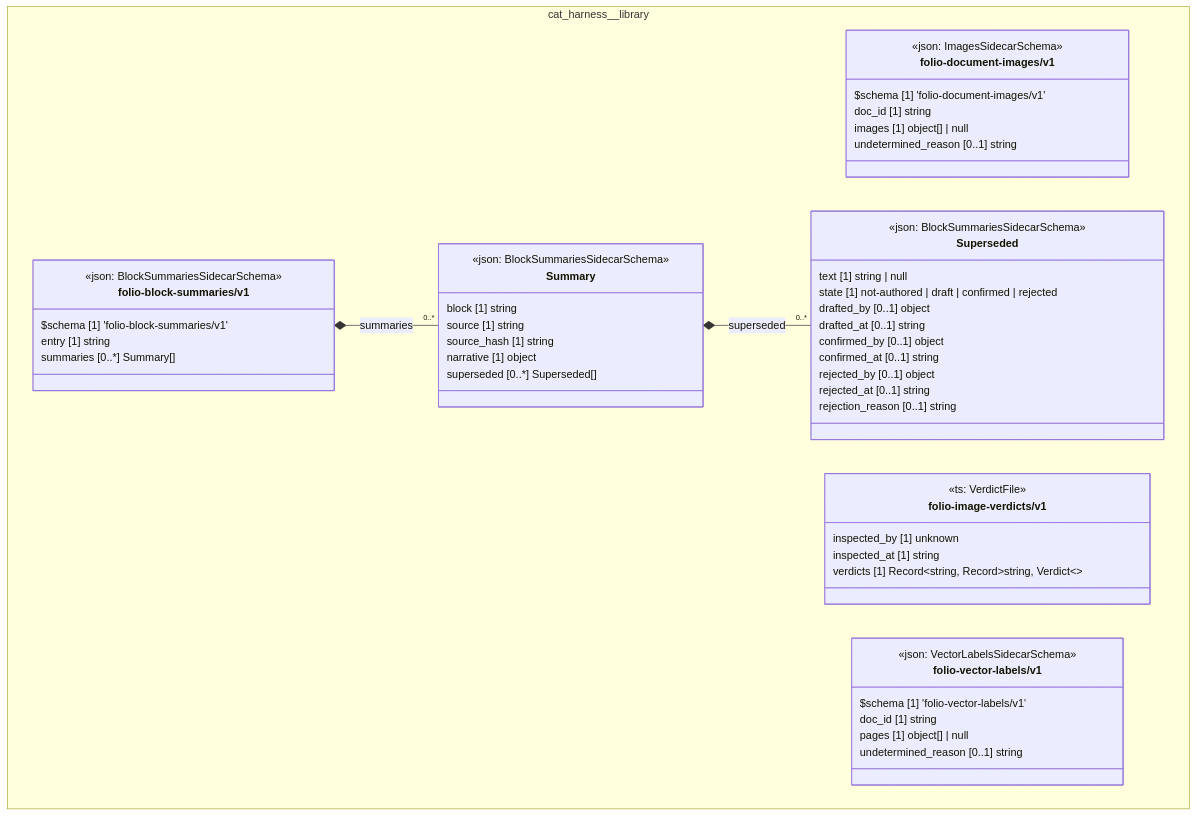
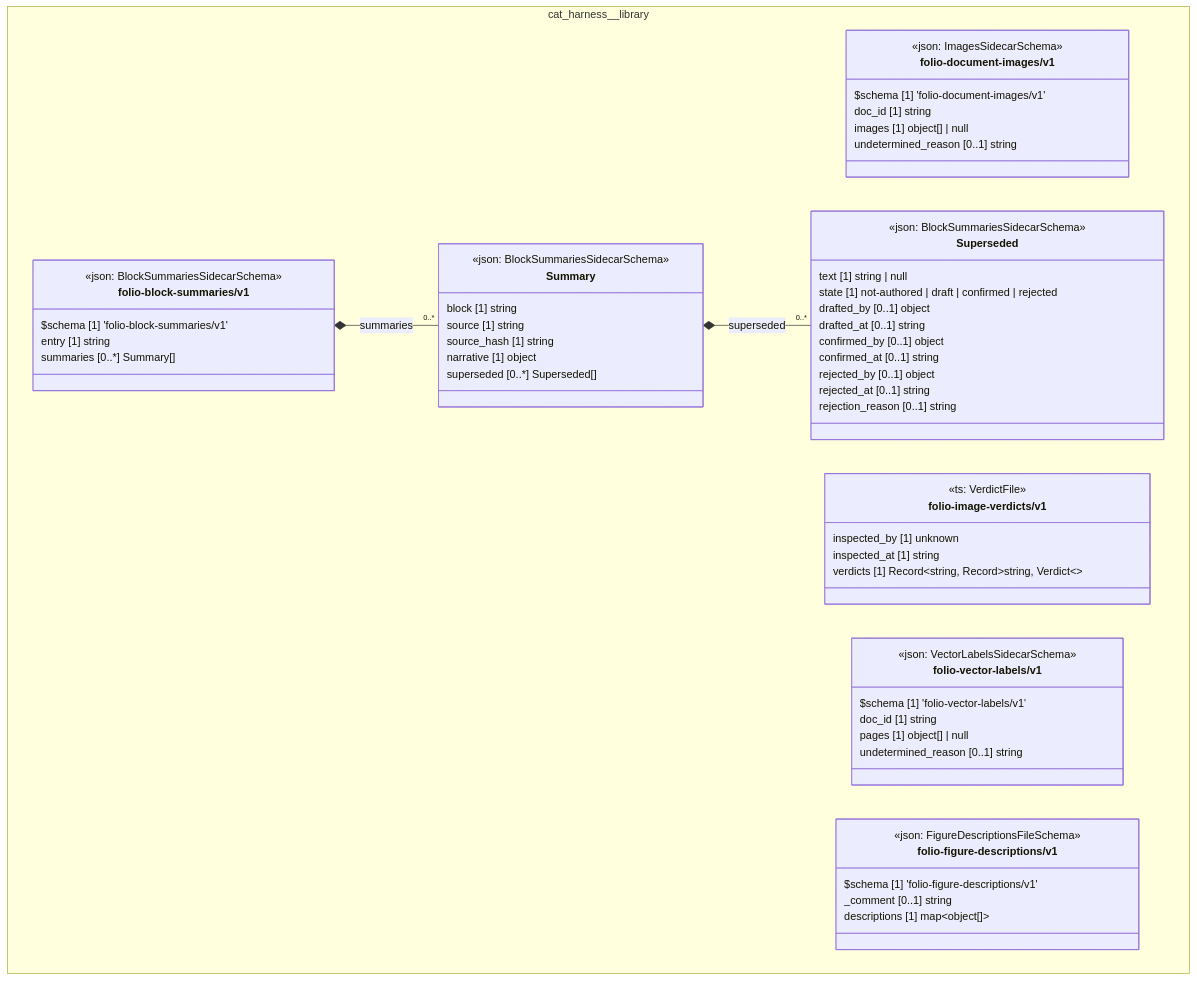
One commit to litlfred/folio-assistant changed the diagram in cat-harness/docs/uml/overview/cat-harness/library.md. Above: the diagram before and after it, drawn with Mermaid. The commit also changed other lines of this file and 37 other files, not shown here.

First line of the commit message:
a8wy: a third sidecar for a drawn figure's description — folio-figure-descriptions/v1

````diff
--- a/cat-harness/docs/uml/overview/cat-harness/library.md
+++ b/cat-harness/docs/uml/overview/cat-harness/library.md
@@ -42,60 +42,67 @@
 ```mermaid
 classDiagram
   direction TB
   namespace cat_harness__library {
     class cat_harness_library_folio_document_images_v1_folio_document_images_v1["folio-document-images/v1"] {
       <<json: ImagesSidecarSchema>>
       $schema [1] 'folio-document-images/v1'
       doc_id [1] string
       images [1] object[] | null
       undetermined_reason [0..1] string
     }
     class cat_harness_library_folio_image_verdicts_v1["folio-image-verdicts/v1"] {
       <<ts: VerdictFile>>
       inspected_by [1] unknown
       inspected_at [1] string
       verdicts [1] Record~string, Record~string, Verdict~~
     }
     class cat_harness_library_folio_vector_labels_v1_folio_vector_labels_v1["folio-vector-labels/v1"] {
       <<json: VectorLabelsSidecarSchema>>
       $schema [1] 'folio-vector-labels/v1'
       doc_id [1] string
       pages [1] object[] | null
       undetermined_reason [0..1] string
+    }
+    class cat_harness_library_folio_figure_descriptions_v1_folio_figure_descriptions_v1["folio-figure-descriptions/v1"] {
+      <<json: FigureDescriptionsFileSchema>>
+      $schema [1] 'folio-figure-descriptions/v1'
+      _comment [0..1] string
+      descriptions [1] map~object[]~
     }
     class cat_harness_library_folio_block_summaries_v1_Superseded["Superseded"] {
       <<json: BlockSummariesSidecarSchema>>
       text [1] string | null
       state [1] not-authored | draft | confirmed | rejected
       drafted_by [0..1] object
       drafted_at [0..1] string
       confirmed_by [0..1] object
       confirmed_at [0..1] string
       rejected_by [0..1] object
       rejected_at [0..1] string
       rejection_reason [0..1] string
     }
     class cat_harness_library_folio_block_summaries_v1_Summary["Summary"] {
       <<json: BlockSummariesSidecarSchema>>
       block [1] string
       source [1] string
       source_hash [1] string
       narrative [1] object
       superseded [0..*] Superseded[]
     }
     class cat_harness_library_folio_block_summaries_v1_folio_block_summaries_v1["folio-block-summaries/v1"] {
       <<json: BlockSummariesSidecarSchema>>
       $schema [1] 'folio-block-summaries/v1'
       entry [1] string
       summaries [0..*] Summary[]
     }
   }
   cat_harness_library_folio_block_summaries_v1_Summary *-- "0..*" cat_harness_library_folio_block_summaries_v1_Superseded : superseded
   cat_harness_library_folio_block_summaries_v1_folio_block_summaries_v1 *-- "0..*" cat_harness_library_folio_block_summaries_v1_Summary : summaries
   cssClass "cat_harness_library_folio_document_images_v1_folio_document_images_v1" fa_uml_kind_library
   cssClass "cat_harness_library_folio_image_verdicts_v1" fa_uml_kind_library
   cssClass "cat_harness_library_folio_vector_labels_v1_folio_vector_labels_v1" fa_uml_kind_library
+  cssClass "cat_harness_library_folio_figure_descriptions_v1_folio_figure_descriptions_v1" fa_uml_kind_library
   cssClass "cat_harness_library_folio_block_summaries_v1_Superseded" fa_uml_kind_library
   cssClass "cat_harness_library_folio_block_summaries_v1_Summary" fa_uml_kind_library
   cssClass "cat_harness_library_folio_block_summaries_v1_folio_block_summaries_v1" fa_uml_kind_library
 ```
````
